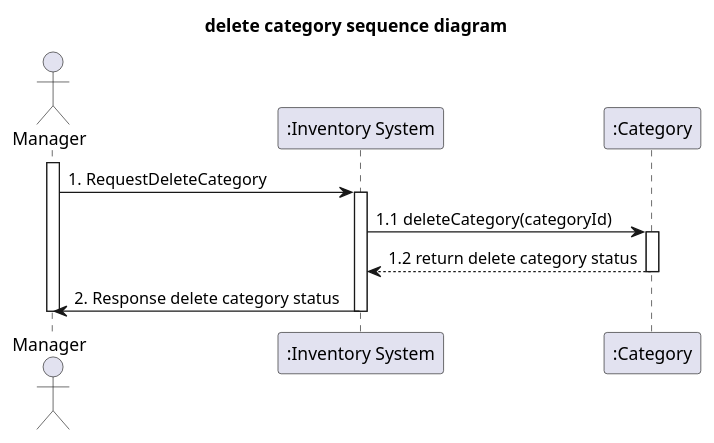
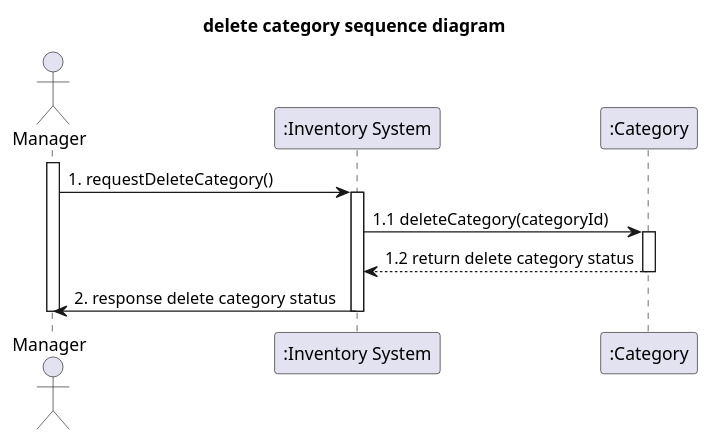
The diagram in system-analysis/sequence/_3_4_sequence-delete-category.puml (billowdev/inventory-system-plantuml-sequelize-seeder-example), drawn with PlantUML before and after one commit. The commit also changed 22 other files, not shown here.

Commit message:
update sequence refactor to lowwer case

```diff
--- a/system-analysis/sequence/_3_4_sequence-delete-category.puml
+++ b/system-analysis/sequence/_3_4_sequence-delete-category.puml
@@ -1,25 +1,25 @@
 @startuml
 'example
 title delete category sequence diagram
 
 actor Manager as actorManager
 participant ":Inventory System" as InventorySystem
 participant ":Category" as classCategory
 
 activate actorManager
 
-actorManager -> InventorySystem: 1. RequestDeleteCategory
+actorManager -> InventorySystem: 1. requestDeleteCategory()
 activate InventorySystem
 
 InventorySystem -> classCategory: 1.1 deleteCategory(categoryId)
 activate classCategory
 
 classCategory --> InventorySystem: 1.2 return delete category status
 deactivate classCategory
 
-InventorySystem -> actorManager: 2. Response delete category status
+InventorySystem -> actorManager: 2. response delete category status
 deactivate InventorySystem
 
 deactivate actorManager
 
 @enduml
```
